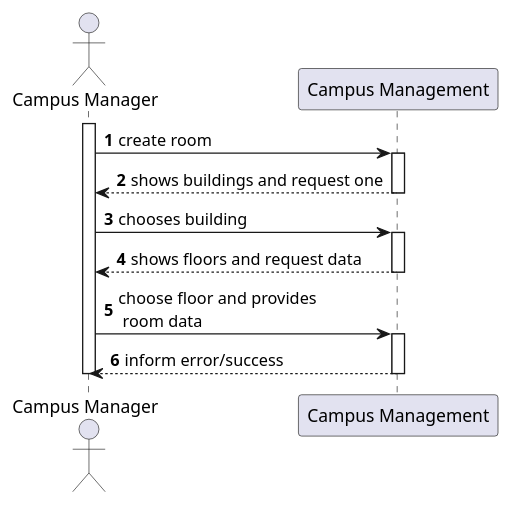
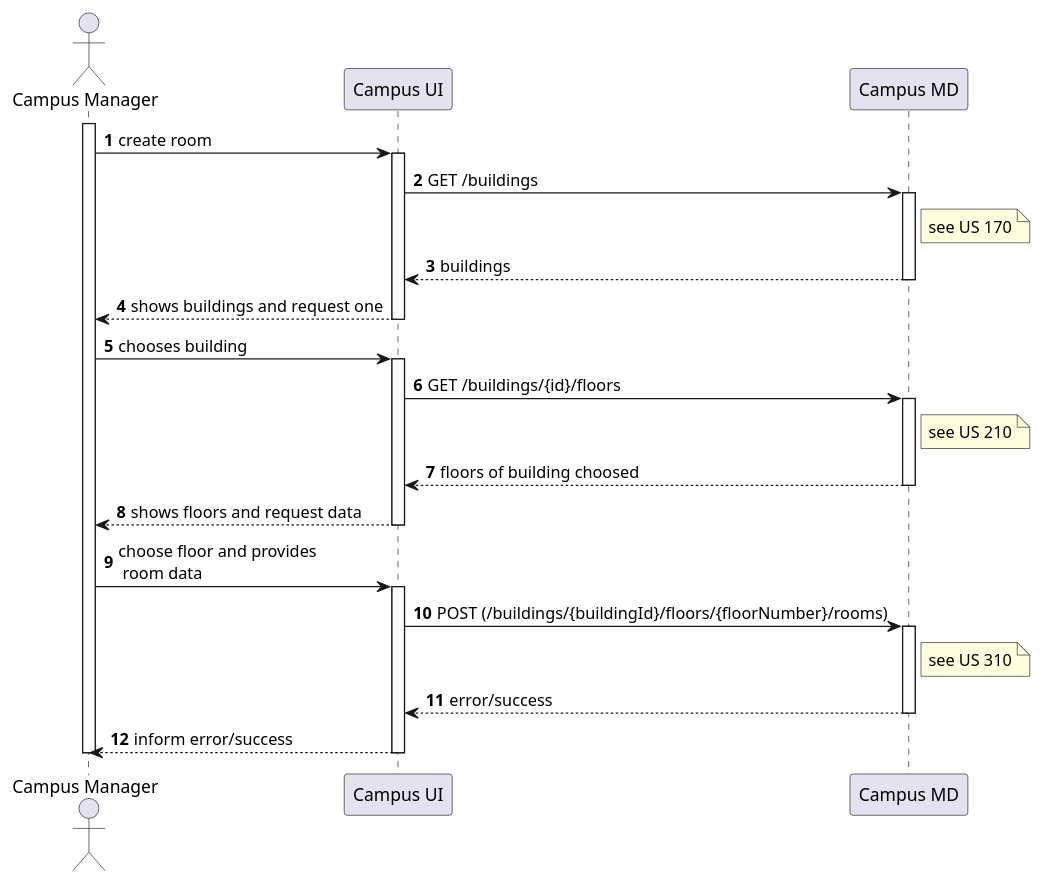
The diagram in docs/us1210/level2/process-view.puml (Departamento-de-Engenharia-Informatica/lapr5-23-24-g19), drawn with PlantUML before and after one commit. The commit also changed 11 other files, not shown here.

```diff
--- a/docs/us1210/level2/process-view.puml
+++ b/docs/us1210/level2/process-view.puml
@@ -1,26 +1,43 @@
 @startuml
 autonumber
 
 actor "Campus Manager" as usr
 
-participant "Campus Management" as mng
+participant "Campus UI" as ui
+participant "Campus MD" as md
 
 activate usr
-    usr -> mng : create room
-    activate mng
-        mng --> usr : shows buildings and request one
-    deactivate mng
+    usr -> ui : create room
+    activate ui
+        ui -> md : GET /buildings
+        activate md
+            note right of md : see US 170
+            md --> ui : buildings
+        deactivate md
 
-    usr -> mng : chooses building
-    activate mng
-        mng --> usr: shows floors and request data
+        ui --> usr : shows buildings and request one
+    deactivate ui
 
-    deactivate mng
+    usr -> ui : chooses building
+    activate ui
+        ui -> md : GET /buildings/{id}/floors
+        activate md
+            note right of md : see US 210
+            md --> ui : floors of building choosed
+        deactivate md
 
-    usr -> mng : choose floor and provides\n room data
-    activate mng
-    mng --> usr : inform error/success
-    deactivate mng
+        ui --> usr : shows floors and request data
+    deactivate ui
+
+    usr -> ui: choose floor and provides\n room data
+    activate ui
+        ui -> md : POST (/buildings/{buildingId}/floors/{floorNumber}/rooms)
+        activate md
+            note right of md : see US 310
+            md --> ui : error/success
+        deactivate md
+        ui --> usr : inform error/success
+    deactivate ui
 deactivate usr
 
 @enduml
```
